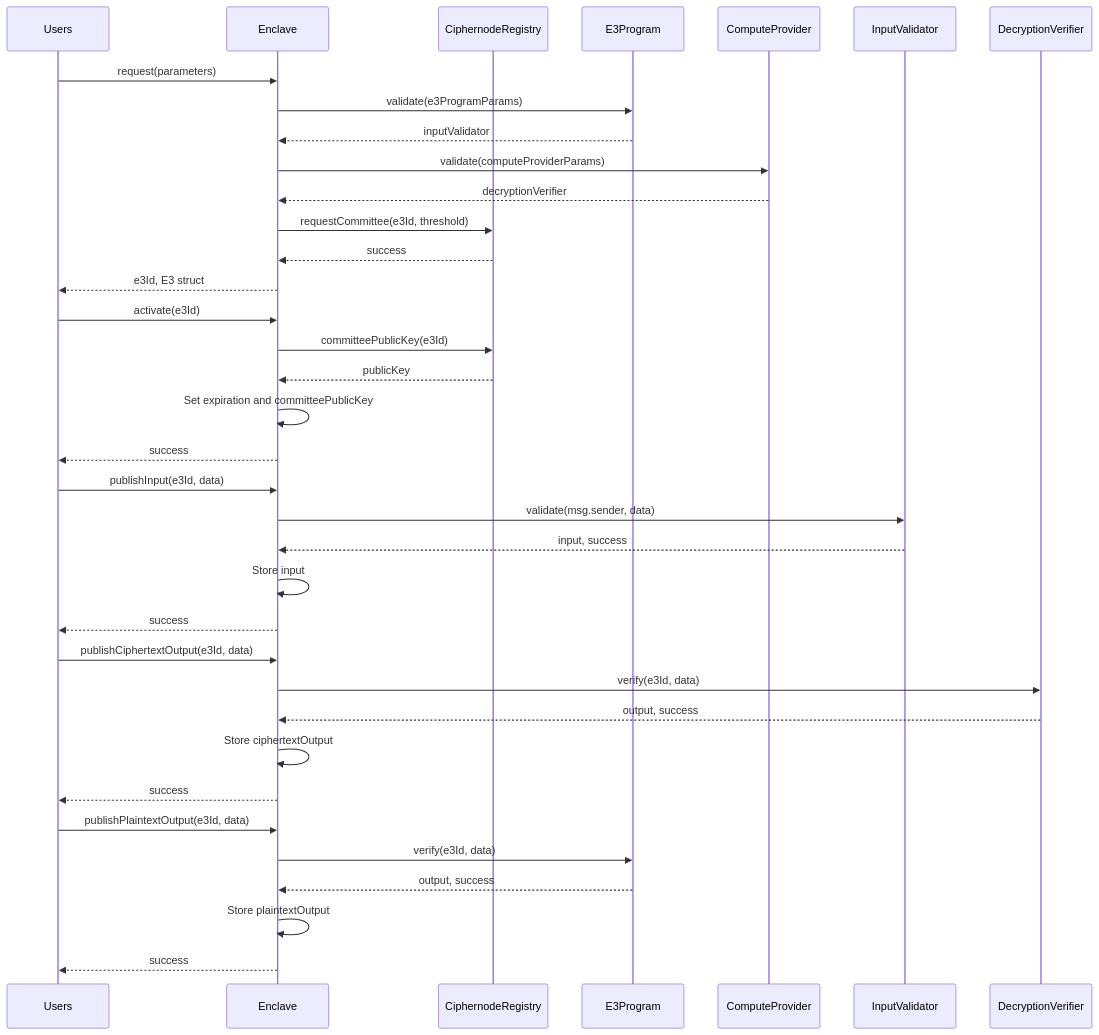
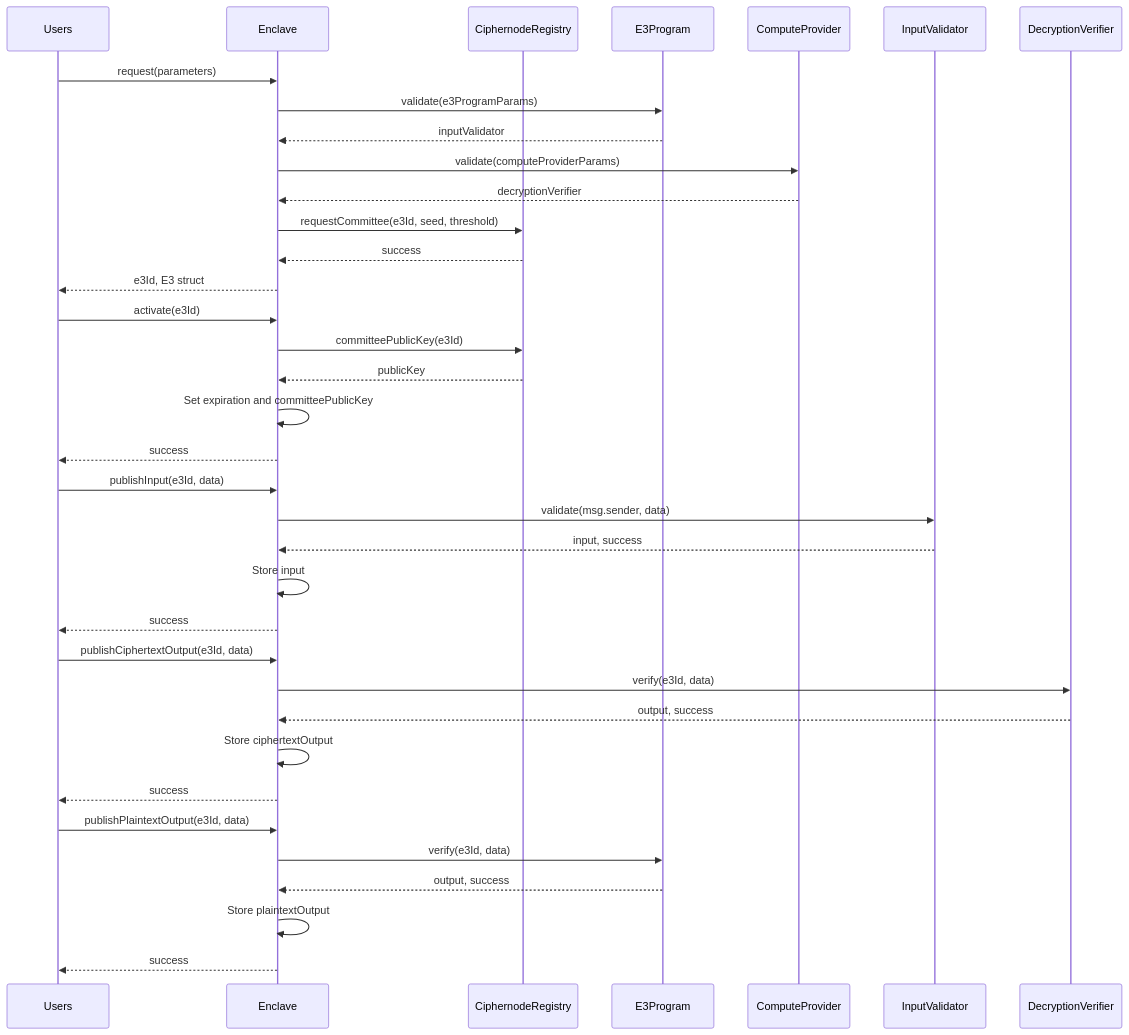
The diagram in README.md (gnosisguild/enclave), drawn with Mermaid before and after one commit. The commit also changed 4 other files, not shown here.

````diff
--- a/README.md
+++ b/README.md
@@ -144,43 +144,43 @@
 ```mermaid
 sequenceDiagram
     participant Users
     participant Enclave
     participant CiphernodeRegistry
     participant E3Program
     participant ComputeProvider
     participant InputValidator
     participant DecryptionVerifier
 
     Users->>Enclave: request(parameters)
     Enclave->>E3Program: validate(e3ProgramParams)
     E3Program-->>Enclave: inputValidator
     Enclave->>ComputeProvider: validate(computeProviderParams)
     ComputeProvider-->>Enclave: decryptionVerifier
-    Enclave->>CiphernodeRegistry: requestCommittee(e3Id, threshold)
+    Enclave->>CiphernodeRegistry: requestCommittee(e3Id, seed, threshold)
     CiphernodeRegistry-->>Enclave: success
     Enclave-->>Users: e3Id, E3 struct
 
     Users->>Enclave: activate(e3Id)
     Enclave->>CiphernodeRegistry: committeePublicKey(e3Id)
     CiphernodeRegistry-->>Enclave: publicKey
     Enclave->>Enclave: Set expiration and committeePublicKey
     Enclave-->>Users: success
 
     Users->>Enclave: publishInput(e3Id, data)
     Enclave->>InputValidator: validate(msg.sender, data)
     InputValidator-->>Enclave: input, success
     Enclave->>Enclave: Store input
     Enclave-->>Users: success
 
     Users->>Enclave: publishCiphertextOutput(e3Id, data)
     Enclave->>DecryptionVerifier: verify(e3Id, data)
     DecryptionVerifier-->>Enclave: output, success
     Enclave->>Enclave: Store ciphertextOutput
     Enclave-->>Users: success
 
     Users->>Enclave: publishPlaintextOutput(e3Id, data)
     Enclave->>E3Program: verify(e3Id, data)
     E3Program-->>Enclave: output, success
     Enclave->>Enclave: Store plaintextOutput
     Enclave-->>Users: success
 ```
````
